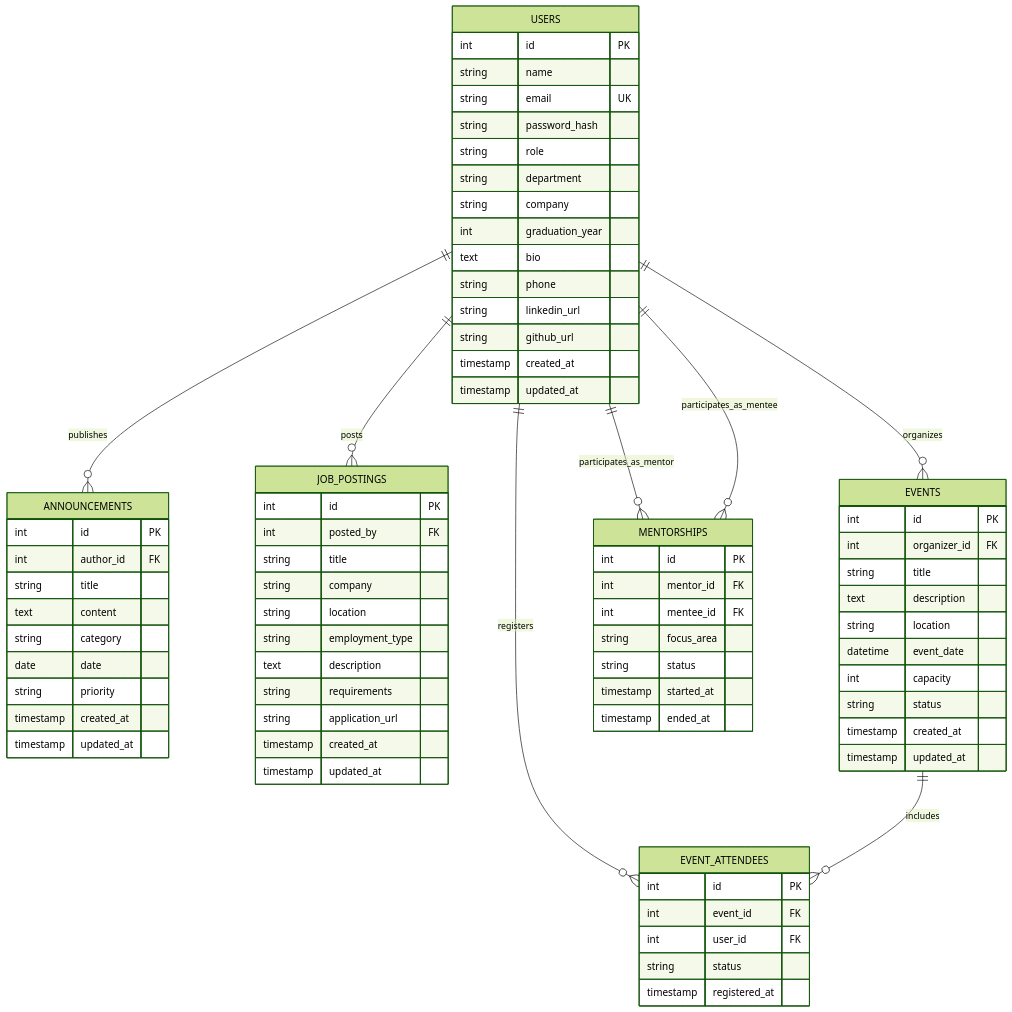
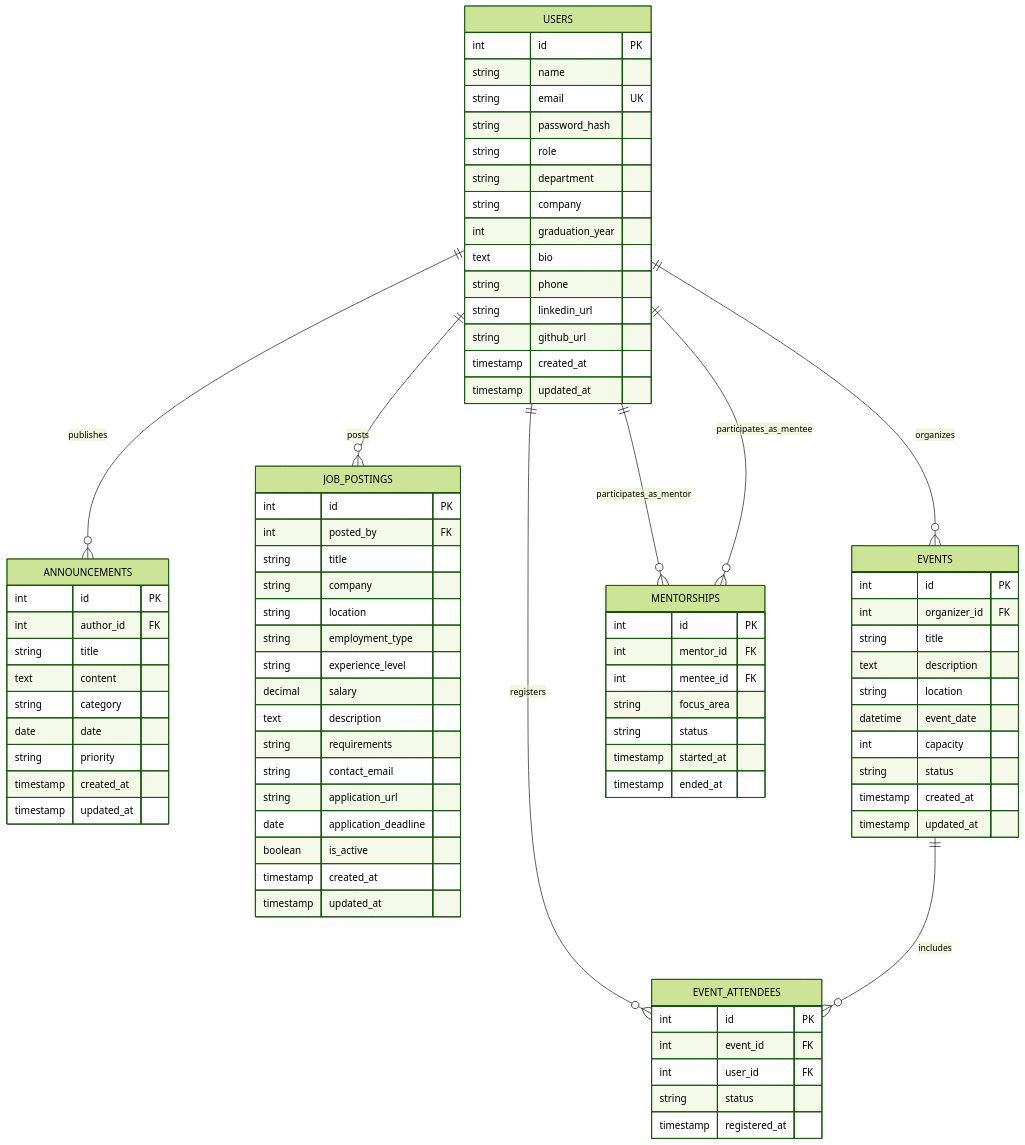
One commit to sevvalsudet/alumni changed the diagram in ddd.md. Above: the diagram before and after it, drawn with Mermaid (forest theme). The commit also changed other lines of this file, not shown here.

Commit message:
docs: update job_postings table schema and ERD in ddd.md

```diff
--- a/ddd.md
+++ b/ddd.md
@@ -66,9 +66,14 @@
         string company
         string location
         string employment_type
+        string experience_level
+        decimal salary
         text description
         string requirements
+        string contact_email
         string application_url
+        date application_deadline
+        boolean is_active
         timestamp created_at
         timestamp updated_at
     }
```
